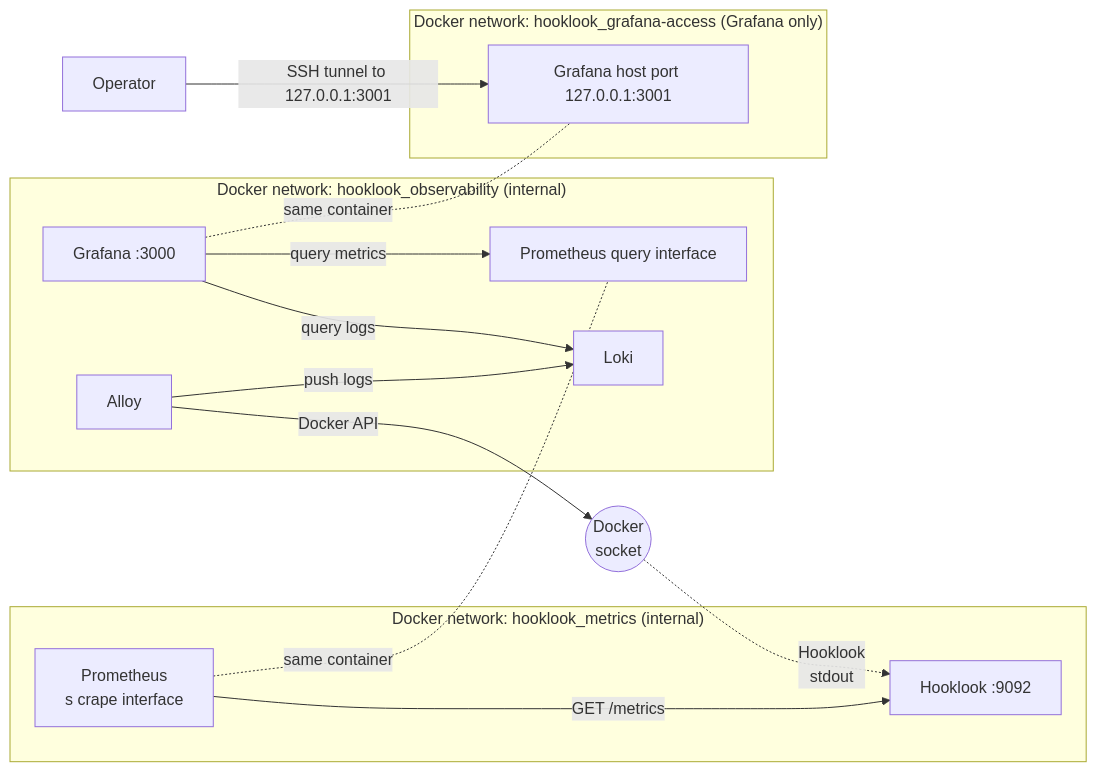
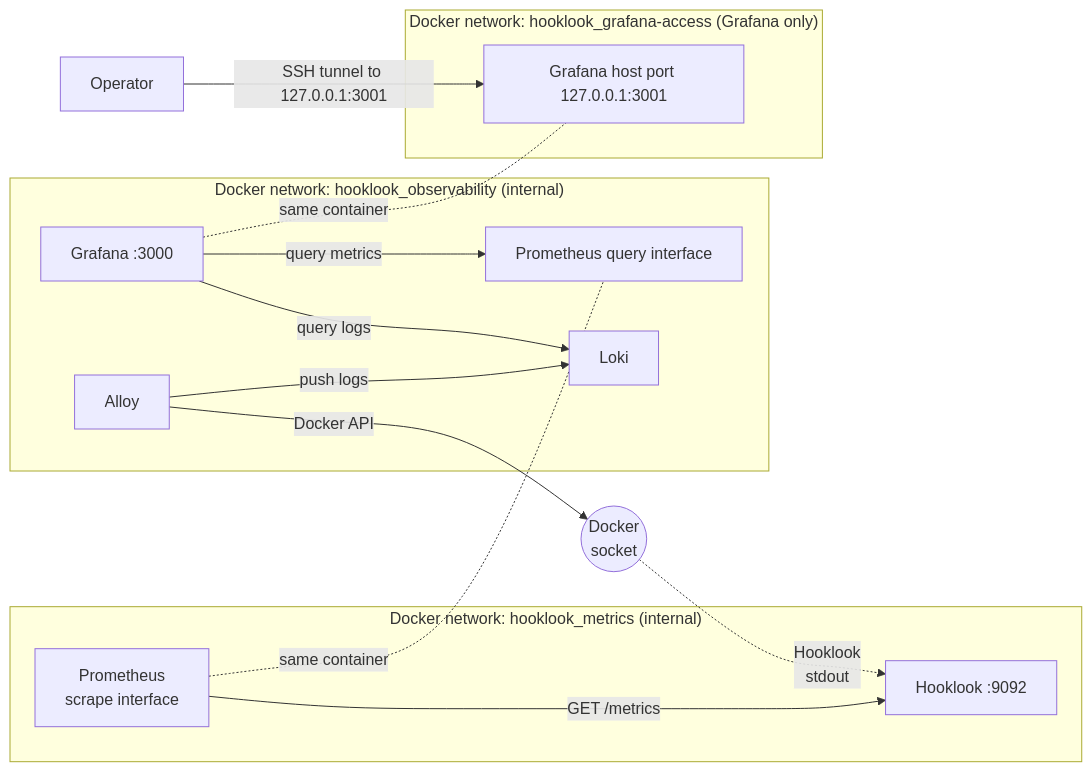
One commit to dvinubius/hooklook changed the diagram in docs/observability.md. Above: the diagram before and after it, drawn with Mermaid. The commit also changed other lines of this file and 5 other files, not shown here.

First line of the commit message:
Add a dashboard guide and a deployment pipeline diagram

````diff
--- a/docs/observability.md
+++ b/docs/observability.md
@@ -13,29 +14,29 @@
 ```mermaid
 flowchart LR
     operator[Operator] -->|SSH tunnel to 127.0.0.1:3001| grafana_access
 
     subgraph metrics["Docker network: hooklook_metrics (internal)"]
         app_metrics["Hooklook :9092"]
-        prom_scrape["Prometheus<br/>s   crape interface"]
+        prom_scrape["Prometheus<br/>scrape interface"]
         prom_scrape -->|GET /metrics| app_metrics
     end
 
     subgraph private["Docker network: hooklook_observability (internal)"]
         prom_query["Prometheus query interface"]
         alloy[Alloy]
         loki[Loki]
         grafana["Grafana :3000"]
         alloy -->|push logs| loki
         grafana -->|query metrics| prom_query
         grafana -->|query logs| loki
     end
 
     subgraph access["Docker network: hooklook_grafana-access (Grafana only)"]
         grafana_access["Grafana host port 127.0.0.1:3001"]
     end
 
     prom_scrape -.-|same container| prom_query
     grafana -.-|same container| grafana_access
     alloy -->|Docker API| socket((Docker<br/>socket))
     socket -.->|Hooklook<br/>stdout| app_metrics
 ```
````
